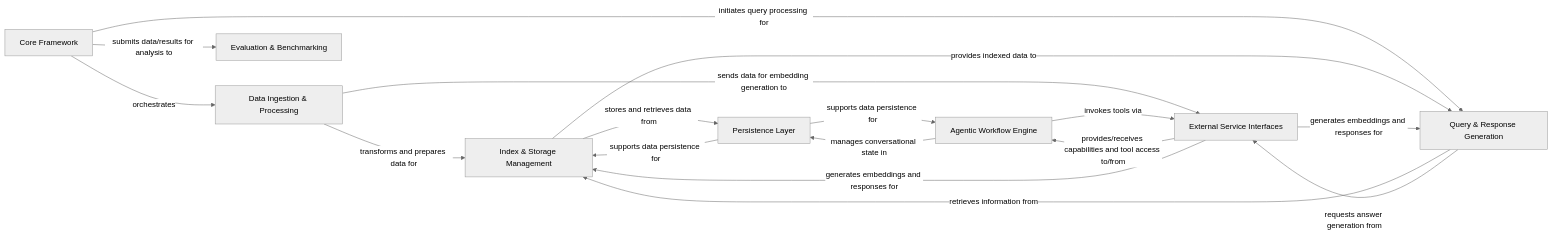
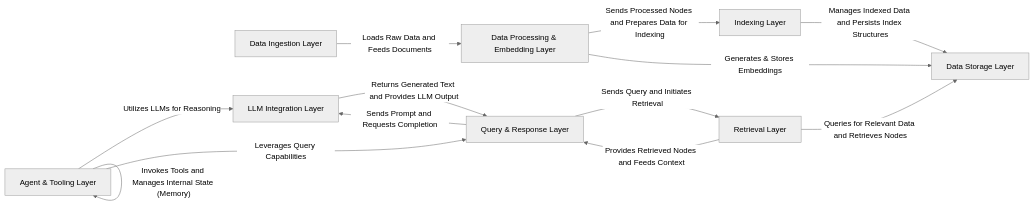
The diagram in llama_index/on_boarding.md (CodeBoarding/GeneratedOnBoardings), drawn with Mermaid (neutral theme) before and after one commit. The commit also changed other lines of this file and 15 other files, not shown here.

Commit message:
Uploading onboarding materials for llama_index

````diff
--- a/llama_index/on_boarding.md
+++ b/llama_index/on_boarding.md
@@ -1,35 +1,30 @@
 ```mermaid
 graph LR
-    Core_Framework["Core Framework"]
-    Data_Ingestion_Processing["Data Ingestion & Processing"]
-    Index_Storage_Management["Index & Storage Management"]
-    External_Service_Interfaces["External Service Interfaces"]
-    Query_Response_Generation["Query & Response Generation"]
-    Agentic_Workflow_Engine["Agentic Workflow Engine"]
-    Persistence_Layer["Persistence Layer"]
-    Evaluation_Benchmarking["Evaluation & Benchmarking"]
-    Core_Framework -- "orchestrates" --> Data_Ingestion_Processing
-    Core_Framework -- "initiates query processing for" --> Query_Response_Generation
-    Data_Ingestion_Processing -- "transforms and prepares data for" --> Index_Storage_Management
-    Data_Ingestion_Processing -- "sends data for embedding generation to" --> External_Service_Interfaces
-    Index_Storage_Management -- "stores and retrieves data from" --> Persistence_Layer
-    Index_Storage_Management -- "provides indexed data to" --> Query_Response_Generation
-    External_Service_Interfaces -- "provides/receives capabilities and tool access to/from" --> Agentic_Workflow_Engine
-    External_Service_Interfaces -- "generates embeddings and responses for" --> Index_Storage_Management
-    External_Service_Interfaces -- "generates embeddings and responses for" --> Query_Response_Generation
-    Query_Response_Generation -- "retrieves information from" --> Index_Storage_Management
-    Query_Response_Generation -- "requests answer generation from" --> External_Service_Interfaces
-    Agentic_Workflow_Engine -- "invokes tools via" --> External_Service_Interfaces
-    Agentic_Workflow_Engine -- "manages conversational state in" --> Persistence_Layer
-    Persistence_Layer -- "supports data persistence for" --> Index_Storage_Management
-    Persistence_Layer -- "supports data persistence for" --> Agentic_Workflow_Engine
-    Core_Framework -- "submits data/results for analysis to" --> Evaluation_Benchmarking
-    click Core_Framework href "https://github.com/CodeBoarding/GeneratedOnBoardings/blob/main/llama_index/Core_Framework.md" "Details"
-    click Data_Ingestion_Processing href "https://github.com/CodeBoarding/GeneratedOnBoardings/blob/main/llama_index/Data_Ingestion_Processing.md" "Details"
-    click Index_Storage_Management href "https://github.com/CodeBoarding/GeneratedOnBoardings/blob/main/llama_index/Index_Storage_Management.md" "Details"
-    click External_Service_Interfaces href "https://github.com/CodeBoarding/GeneratedOnBoardings/blob/main/llama_index/External_Service_Interfaces.md" "Details"
-    click Query_Response_Generation href "https://github.com/CodeBoarding/GeneratedOnBoardings/blob/main/llama_index/Query_Response_Generation.md" "Details"
-    click Agentic_Workflow_Engine href "https://github.com/CodeBoarding/GeneratedOnBoardings/blob/main/llama_index/Agentic_Workflow_Engine.md" "Details"
-    click Persistence_Layer href "https://github.com/CodeBoarding/GeneratedOnBoardings/blob/main/llama_index/Persistence_Layer.md" "Details"
-    click Evaluation_Benchmarking href "https://github.com/CodeBoarding/GeneratedOnBoardings/blob/main/llama_index/Evaluation_Benchmarking.md" "Details"
+    Data_Ingestion_Layer["Data Ingestion Layer"]
+    Data_Processing_Embedding_Layer["Data Processing & Embedding Layer"]
+    Data_Storage_Layer["Data Storage Layer"]
+    Indexing_Layer["Indexing Layer"]
+    LLM_Integration_Layer["LLM Integration Layer"]
+    Retrieval_Layer["Retrieval Layer"]
+    Query_Response_Layer["Query & Response Layer"]
+    Agent_Tooling_Layer["Agent & Tooling Layer"]
+    Data_Ingestion_Layer -- "Loads Raw Data and Feeds Documents" --> Data_Processing_Embedding_Layer
+    Data_Processing_Embedding_Layer -- "Sends Processed Nodes and Prepares Data for Indexing" --> Indexing_Layer
+    Data_Processing_Embedding_Layer -- "Generates & Stores Embeddings" --> Data_Storage_Layer
+    Indexing_Layer -- "Manages Indexed Data and Persists Index Structures" --> Data_Storage_Layer
+    Retrieval_Layer -- "Queries for Relevant Data and Retrieves Nodes" --> Data_Storage_Layer
+    Query_Response_Layer -- "Sends Query and Initiates Retrieval" --> Retrieval_Layer
+    Retrieval_Layer -- "Provides Retrieved Nodes and Feeds Context" --> Query_Response_Layer
+    Query_Response_Layer -- "Sends Prompt and Requests Completion" --> LLM_Integration_Layer
+    LLM_Integration_Layer -- "Returns Generated Text and Provides LLM Output" --> Query_Response_Layer
+    Agent_Tooling_Layer -- "Utilizes LLMs for Reasoning" --> LLM_Integration_Layer
+    Agent_Tooling_Layer -- "Leverages Query Capabilities" --> Query_Response_Layer
+    Agent_Tooling_Layer -- "Invokes Tools and Manages Internal State (Memory)" --> Agent_Tooling_Layer
+    click Data_Ingestion_Layer href "https://github.com/CodeBoarding/GeneratedOnBoardings/blob/main/llama_index/Data_Ingestion_Layer.md" "Details"
+    click Data_Processing_Embedding_Layer href "https://github.com/CodeBoarding/GeneratedOnBoardings/blob/main/llama_index/Data_Processing_Embedding_Layer.md" "Details"
+    click Data_Storage_Layer href "https://github.com/CodeBoarding/GeneratedOnBoardings/blob/main/llama_index/Data_Storage_Layer.md" "Details"
+    click Indexing_Layer href "https://github.com/CodeBoarding/GeneratedOnBoardings/blob/main/llama_index/Indexing_Layer.md" "Details"
+    click Retrieval_Layer href "https://github.com/CodeBoarding/GeneratedOnBoardings/blob/main/llama_index/Retrieval_Layer.md" "Details"
+    click Query_Response_Layer href "https://github.com/CodeBoarding/GeneratedOnBoardings/blob/main/llama_index/Query_Response_Layer.md" "Details"
+    click Agent_Tooling_Layer href "https://github.com/CodeBoarding/GeneratedOnBoardings/blob/main/llama_index/Agent_Tooling_Layer.md" "Details"
 ```
````
